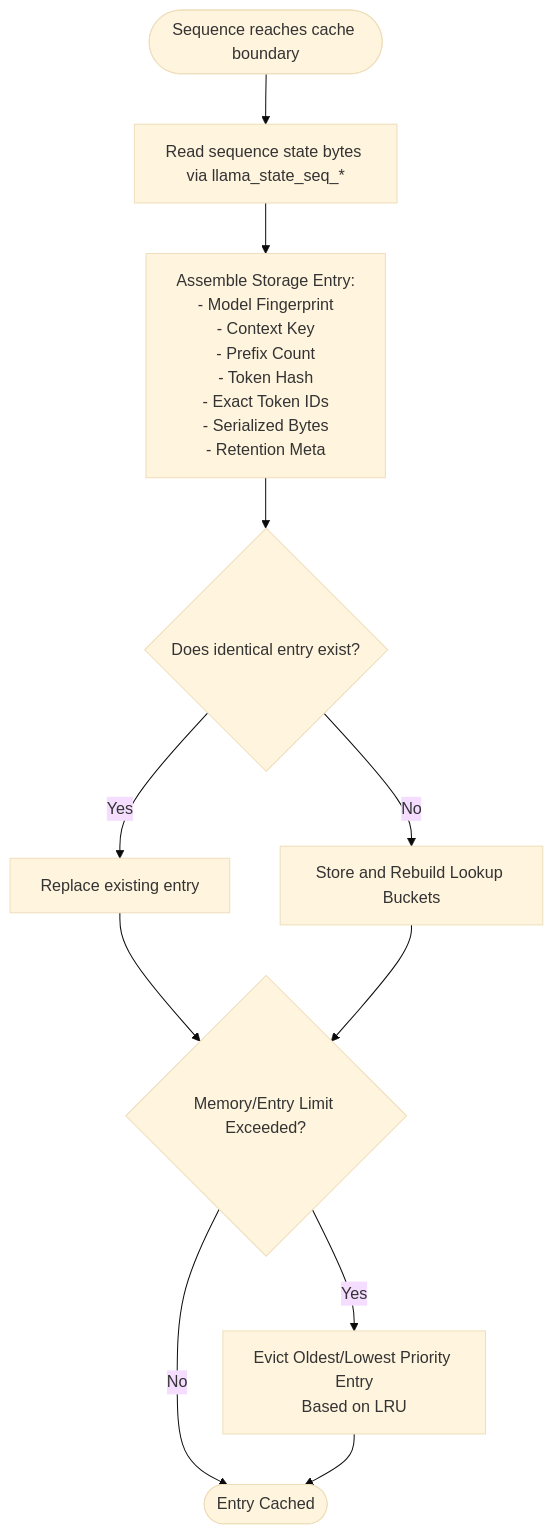
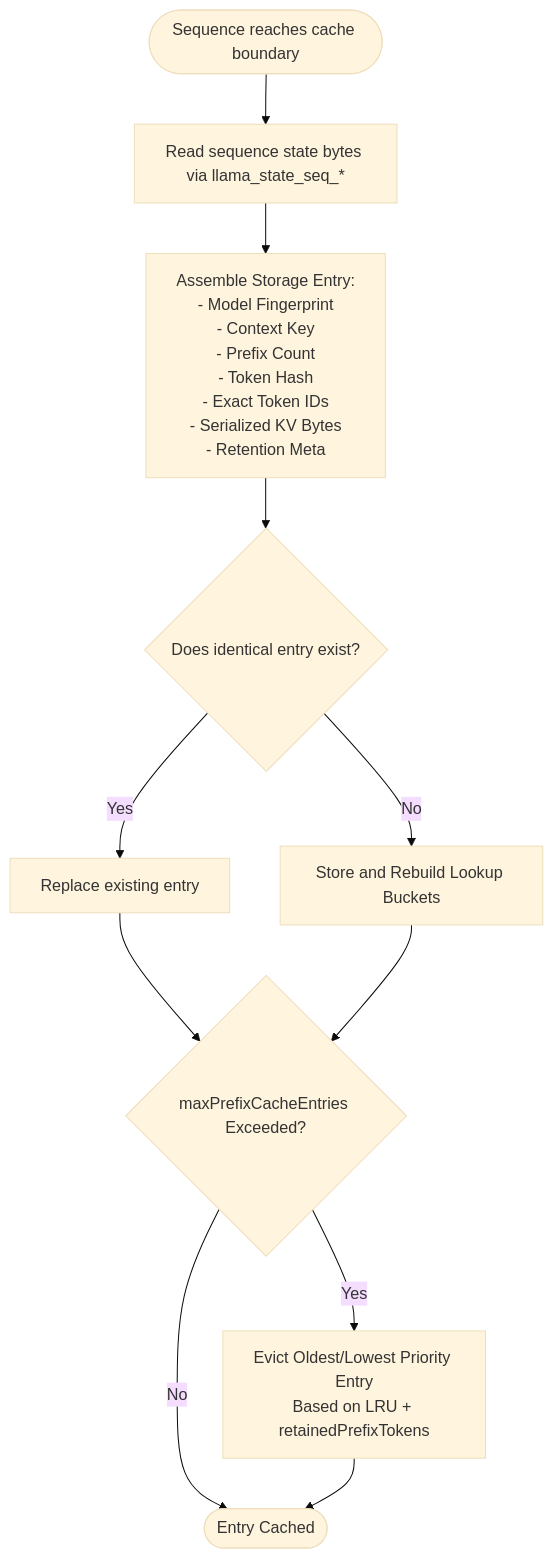
One commit to noumena-labs/Sipp changed diagram 12 of 13 in packages/cogent-engine/docs/inference_system_design.md. Above: the diagram before and after it, drawn with Mermaid (base theme). The commit also changed other lines of this file, not shown here.

````diff
--- a/packages/cogent-engine/docs/inference_system_design.md
+++ b/packages/cogent-engine/docs/inference_system_design.md
@@ -214,19 +485,19 @@
 ```mermaid
 flowchart TD
     Start([Sequence reaches cache boundary]) --> Read[Read sequence state bytes via llama_state_seq_*]
     
-    Read --> Assemble["Assemble Storage Entry:<br/>- Model Fingerprint<br/>- Context Key<br/>- Prefix Count<br/>- Token Hash<br/>- Exact Token IDs<br/>- Serialized Bytes<br/>- Retention Meta"]
+    Read --> Assemble["Assemble Storage Entry:<br/>- Model Fingerprint<br/>- Context Key<br/>- Prefix Count<br/>- Token Hash<br/>- Exact Token IDs<br/>- Serialized KV Bytes<br/>- Retention Meta"]
     
     Assemble --> CheckExisting{Does identical entry exist?}
     
     CheckExisting --> |Yes| Replace[Replace existing entry]
     CheckExisting --> |No| Bucket[Store and Rebuild Lookup Buckets]
     
     Replace --> CheckLimit
-    Bucket --> CheckLimit{Memory/Entry Limit Exceeded?}
+    Bucket --> CheckLimit{maxPrefixCacheEntries Exceeded?}
     
-    CheckLimit --> |Yes| Evict[Evict Oldest/Lowest Priority Entry<br/>Based on LRU]
+    CheckLimit --> |Yes| Evict[Evict Oldest/Lowest Priority Entry<br/>Based on LRU + retainedPrefixTokens]
     CheckLimit --> |No| End([Entry Cached])
     
     Evict --> End
 ```
````
